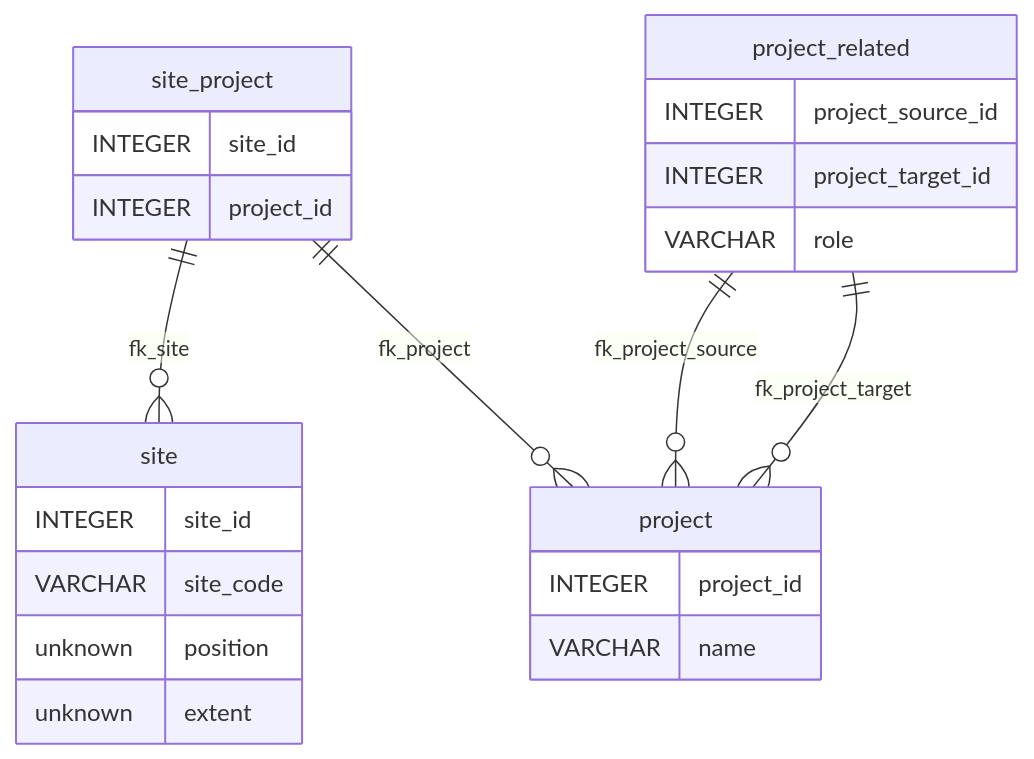
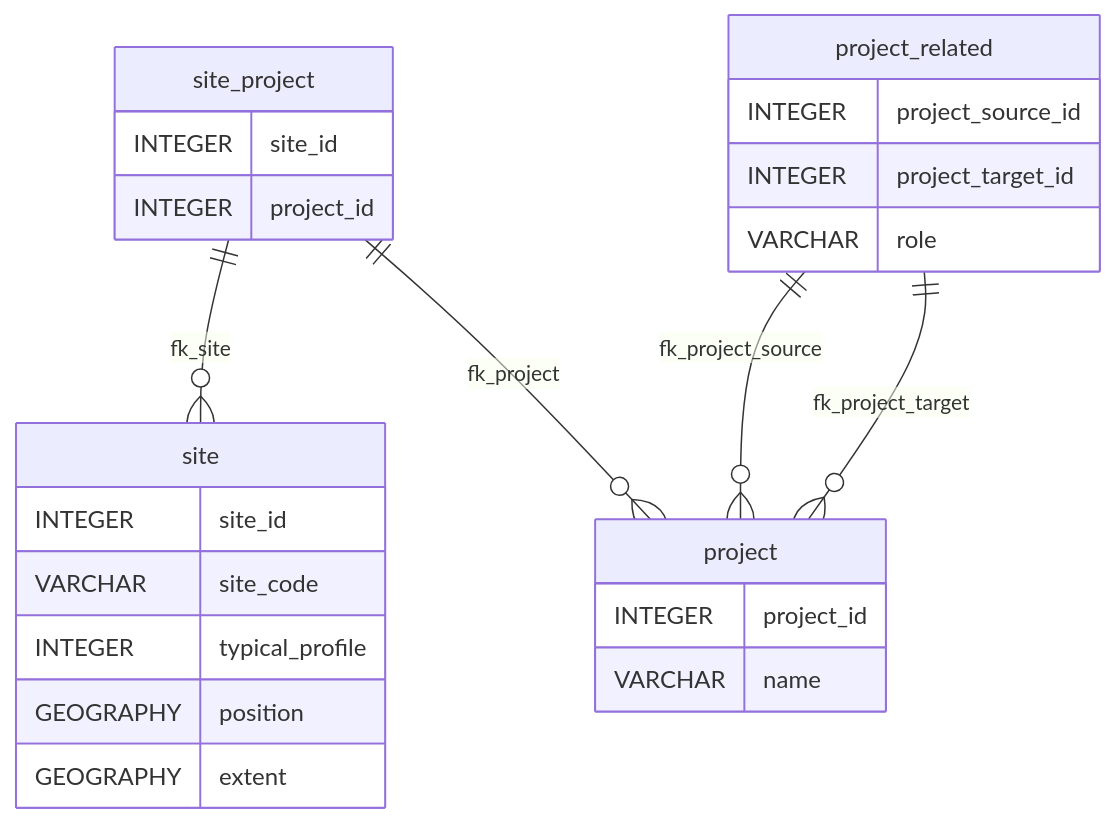
One commit to ISRICWorldSoil/iso-28258 changed the first of 5 diagrams in README.md. Above: the diagram before and after it, drawn with Mermaid. The commit also changed other lines of this file and 4 other files, not shown here.

````diff
--- a/README.md
+++ b/README.md
@@ -43,26 +43,27 @@
 ```mermaid
 erDiagram
   project {
     INTEGER project_id
     VARCHAR name
   }
   site_project {
     INTEGER site_id
     INTEGER project_id
   }
   project_related {
     INTEGER project_source_id
     INTEGER project_target_id
     VARCHAR role
   }
   site {
     INTEGER site_id
     VARCHAR site_code
-    unknown position
-    unknown extent
+    INTEGER typical_profile
+    GEOGRAPHY position
+    GEOGRAPHY extent
   }
   site_project ||--o{ site : fk_site
   site_project ||--o{ project : fk_project
   project_related ||--o{ project : fk_project_source
   project_related ||--o{ project : fk_project_target
 ```
````
